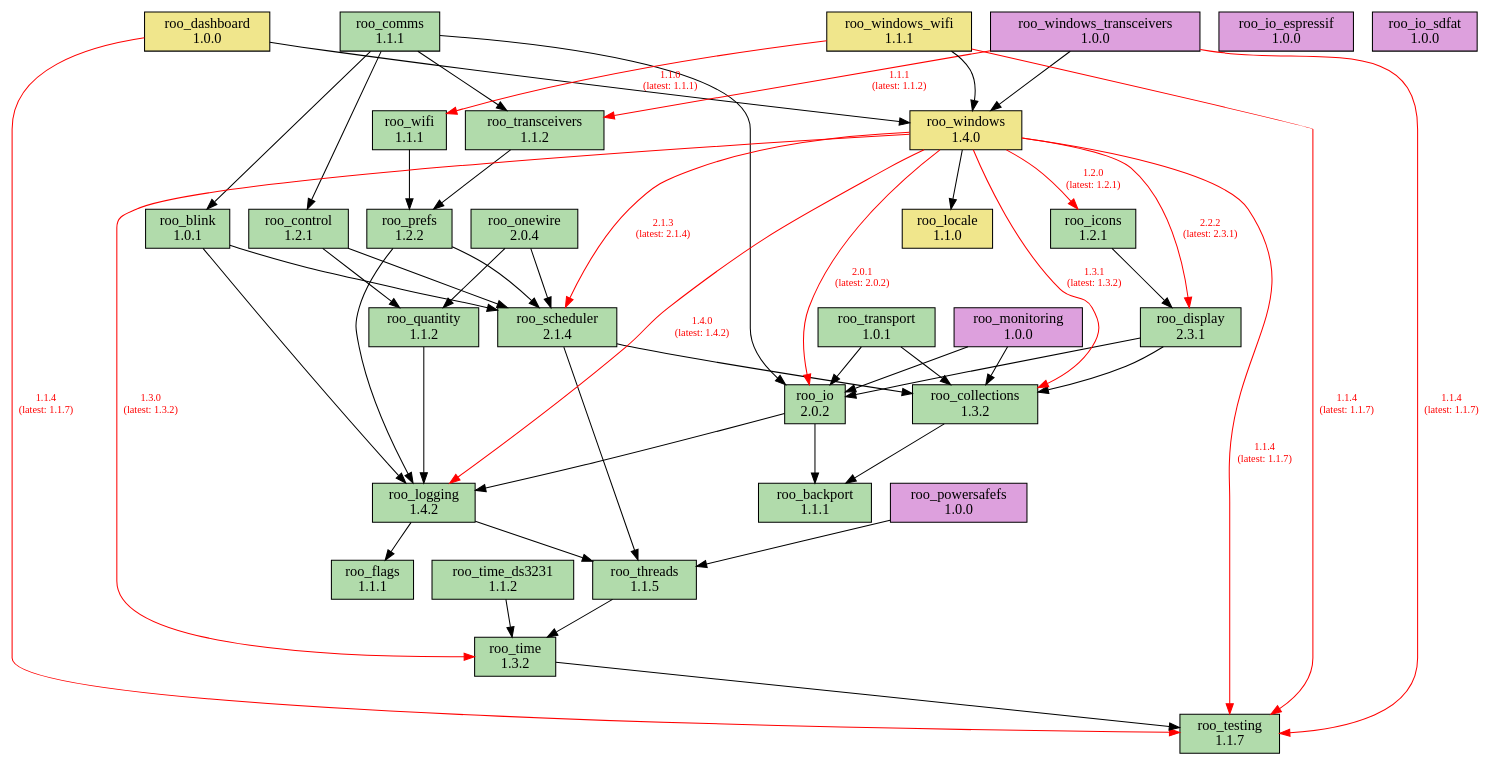
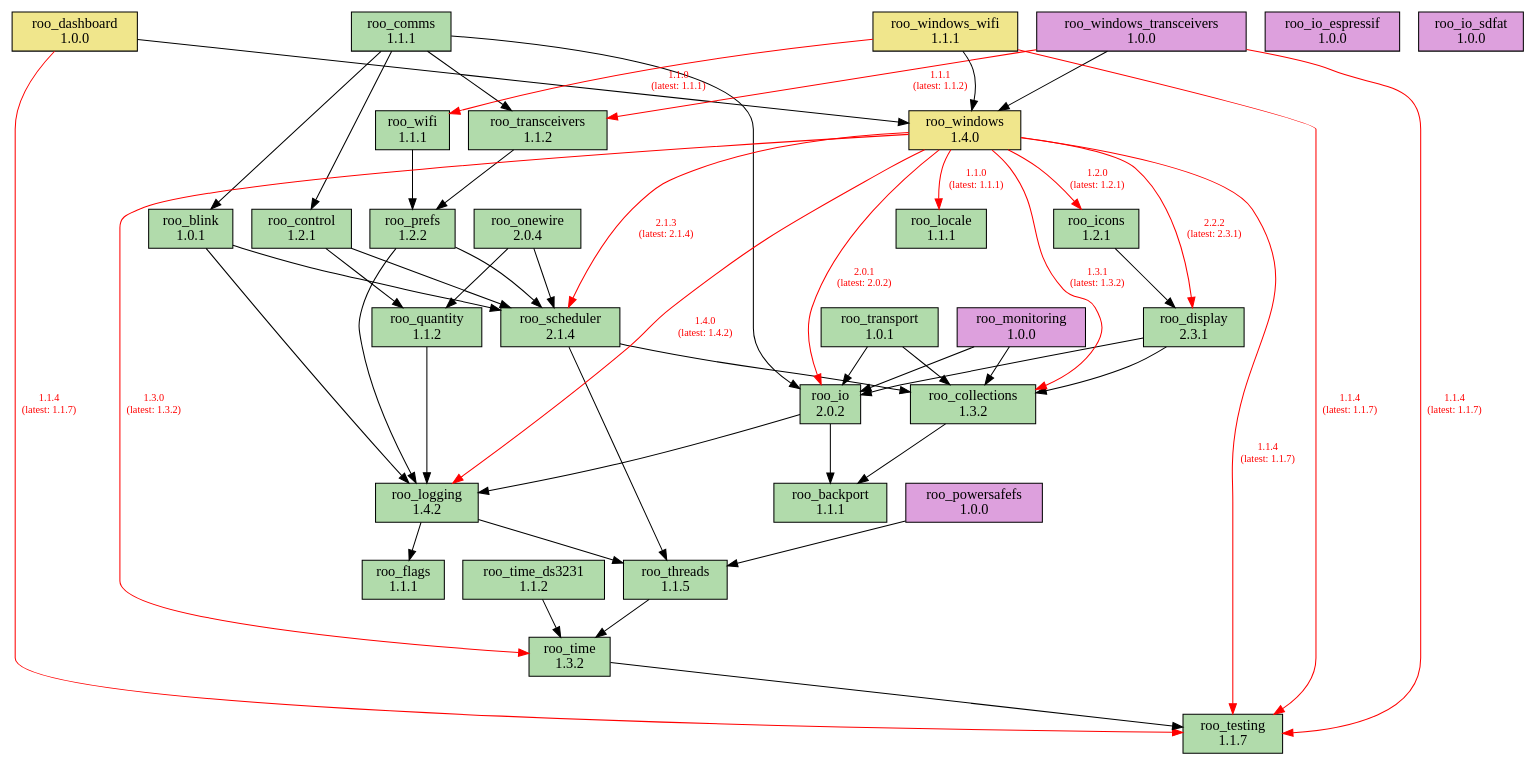
One commit to dejwk/roo-registry changed the diagram in doc/dependencies.dot. Above: the diagram before and after it, drawn with Graphviz. The commit also changed 3 other files, not shown here.

Commit message:
Added roo_locale 1.1.1 to the registry.

```diff
--- a/doc/dependencies.dot
+++ b/doc/dependencies.dot
@@ -1,89 +1,89 @@
 digraph dependencies {
     rankdir=TB;
     node [shape=box, style=filled];
     edge [fontsize=10];
 
     // Modules
     "roo_backport" [label="roo_backport\n1.1.1", fillcolor="#b1dbab"];
     "roo_blink" [label="roo_blink\n1.0.1", fillcolor="#b1dbab"];
     "roo_collections" [label="roo_collections\n1.3.2", fillcolor="#b1dbab"];
     "roo_comms" [label="roo_comms\n1.1.1", fillcolor="#b1dbab"];
     "roo_control" [label="roo_control\n1.2.1", fillcolor="#b1dbab"];
     "roo_dashboard" [label="roo_dashboard\n1.0.0", fillcolor="khaki"];
     "roo_display" [label="roo_display\n2.3.1", fillcolor="#b1dbab"];
     "roo_flags" [label="roo_flags\n1.1.1", fillcolor="#b1dbab"];
     "roo_icons" [label="roo_icons\n1.2.1", fillcolor="#b1dbab"];
     "roo_io" [label="roo_io\n2.0.2", fillcolor="#b1dbab"];
     "roo_io_espressif" [label="roo_io_espressif\n1.0.0", fillcolor="plum"];
     "roo_io_sdfat" [label="roo_io_sdfat\n1.0.0", fillcolor="plum"];
-    "roo_locale" [label="roo_locale\n1.1.0", fillcolor="khaki"];
+    "roo_locale" [label="roo_locale\n1.1.1", fillcolor="#b1dbab"];
     "roo_logging" [label="roo_logging\n1.4.2", fillcolor="#b1dbab"];
     "roo_monitoring" [label="roo_monitoring\n1.0.0", fillcolor="plum"];
     "roo_onewire" [label="roo_onewire\n2.0.4", fillcolor="#b1dbab"];
     "roo_powersafefs" [label="roo_powersafefs\n1.0.0", fillcolor="plum"];
     "roo_prefs" [label="roo_prefs\n1.2.2", fillcolor="#b1dbab"];
     "roo_quantity" [label="roo_quantity\n1.1.2", fillcolor="#b1dbab"];
     "roo_scheduler" [label="roo_scheduler\n2.1.4", fillcolor="#b1dbab"];
     "roo_testing" [label="roo_testing\n1.1.7", fillcolor="#b1dbab"];
     "roo_threads" [label="roo_threads\n1.1.5", fillcolor="#b1dbab"];
     "roo_time" [label="roo_time\n1.3.2", fillcolor="#b1dbab"];
     "roo_time_ds3231" [label="roo_time_ds3231\n1.1.2", fillcolor="#b1dbab"];
     "roo_transceivers" [label="roo_transceivers\n1.1.2", fillcolor="#b1dbab"];
     "roo_transport" [label="roo_transport\n1.0.1", fillcolor="#b1dbab"];
     "roo_wifi" [label="roo_wifi\n1.1.1", fillcolor="#b1dbab"];
     "roo_windows" [label="roo_windows\n1.4.0", fillcolor="khaki"];
     "roo_windows_transceivers" [label="roo_windows_transceivers\n1.0.0", fillcolor="plum"];
     "roo_windows_wifi" [label="roo_windows_wifi\n1.1.1", fillcolor="khaki"];
 
     // Dependencies
     "roo_blink" -> "roo_logging";
     "roo_blink" -> "roo_scheduler";
     "roo_collections" -> "roo_backport";
     "roo_comms" -> "roo_blink";
     "roo_comms" -> "roo_control";
     "roo_comms" -> "roo_io";
     "roo_comms" -> "roo_transceivers";
     "roo_control" -> "roo_quantity";
     "roo_control" -> "roo_scheduler";
     "roo_dashboard" -> "roo_testing" [color=red, fontcolor=red, label="1.1.4\n(latest: 1.1.7)"];
     "roo_dashboard" -> "roo_windows";
     "roo_display" -> "roo_collections";
     "roo_display" -> "roo_io";
     "roo_icons" -> "roo_display";
     "roo_io" -> "roo_backport";
     "roo_io" -> "roo_logging";
     "roo_logging" -> "roo_flags";
     "roo_logging" -> "roo_threads";
     "roo_monitoring" -> "roo_collections";
     "roo_monitoring" -> "roo_io";
     "roo_onewire" -> "roo_scheduler";
     "roo_onewire" -> "roo_quantity";
     "roo_powersafefs" -> "roo_threads";
     "roo_prefs" -> "roo_logging";
     "roo_prefs" -> "roo_scheduler";
     "roo_quantity" -> "roo_logging";
     "roo_scheduler" -> "roo_collections";
     "roo_scheduler" -> "roo_threads";
     "roo_threads" -> "roo_time";
     "roo_time" -> "roo_testing";
     "roo_time_ds3231" -> "roo_time";
     "roo_transceivers" -> "roo_prefs";
     "roo_transport" -> "roo_collections";
     "roo_transport" -> "roo_io";
     "roo_wifi" -> "roo_prefs";
     "roo_windows" -> "roo_testing" [color=red, fontcolor=red, label="1.1.4\n(latest: 1.1.7)"];
     "roo_windows" -> "roo_collections" [color=red, fontcolor=red, label="1.3.1\n(latest: 1.3.2)"];
     "roo_windows" -> "roo_display" [color=red, fontcolor=red, label="2.2.2\n(latest: 2.3.1)"];
-    "roo_windows" -> "roo_locale";
+    "roo_windows" -> "roo_locale" [color=red, fontcolor=red, label="1.1.0\n(latest: 1.1.1)"];
     "roo_windows" -> "roo_logging" [color=red, fontcolor=red, label="1.4.0\n(latest: 1.4.2)"];
     "roo_windows" -> "roo_icons" [color=red, fontcolor=red, label="1.2.0\n(latest: 1.2.1)"];
     "roo_windows" -> "roo_io" [color=red, fontcolor=red, label="2.0.1\n(latest: 2.0.2)"];
     "roo_windows" -> "roo_scheduler" [color=red, fontcolor=red, label="2.1.3\n(latest: 2.1.4)"];
     "roo_windows" -> "roo_time" [color=red, fontcolor=red, label="1.3.0\n(latest: 1.3.2)"];
     "roo_windows_transceivers" -> "roo_testing" [color=red, fontcolor=red, label="1.1.4\n(latest: 1.1.7)"];
     "roo_windows_transceivers" -> "roo_transceivers" [color=red, fontcolor=red, label="1.1.1\n(latest: 1.1.2)"];
     "roo_windows_transceivers" -> "roo_windows";
     "roo_windows_wifi" -> "roo_testing" [color=red, fontcolor=red, label="1.1.4\n(latest: 1.1.7)"];
     "roo_windows_wifi" -> "roo_wifi" [color=red, fontcolor=red, label="1.1.0\n(latest: 1.1.1)"];
     "roo_windows_wifi" -> "roo_windows";
 }
```
